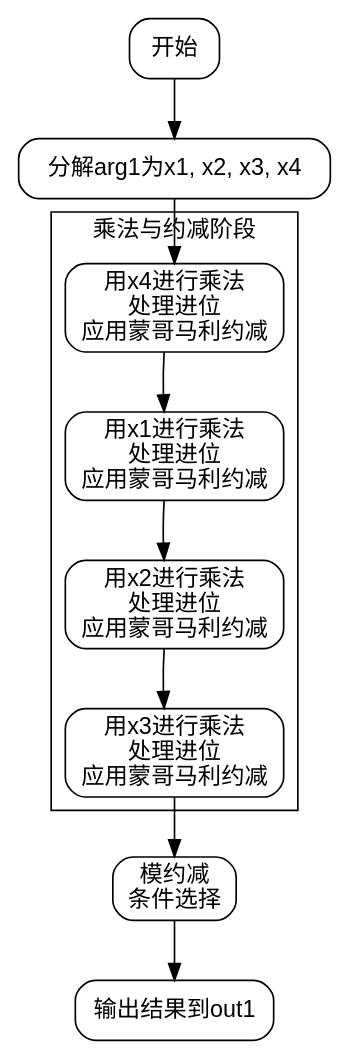
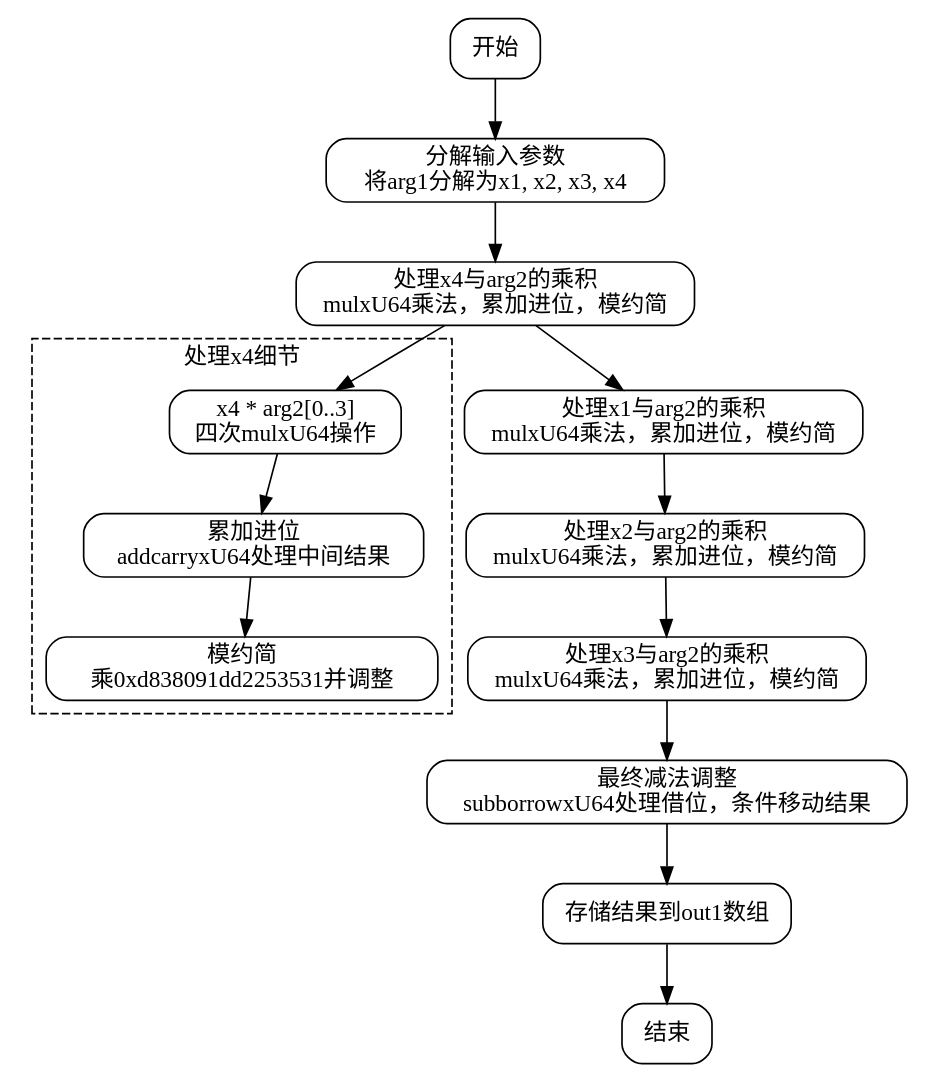
One commit to sdzx-1/deepseek-zig-reader changed the diagram in dot_std/crypto/pcurves/secp256k1/secp256k1_64.zig.mul.md. Above: the diagram before and after it, drawn with Graphviz. The commit also changed other lines of this file and 236 other files, not shown here.

````diff
--- a/dot_std/crypto/pcurves/secp256k1/secp256k1_64.zig.mul.md
+++ b/dot_std/crypto/pcurves/secp256k1/secp256k1_64.zig.mul.md
@@ -32,28 +41,39 @@
 ```dot
-digraph flowchart {
-    node [shape=rectangle, style=rounded, fontname=Helvetica];
-    edge [fontname=Helvetica];
+digraph mul_flowchart {
+    node [shape=rectangle, style=rounded];
 
     start [label="开始"];
-    decompose_arg1 [label="分解arg1为x1, x2, x3, x4"];
-    mul_x4 [label="用x4进行乘法\n处理进位\n应用蒙哥马利约减"];
-    mul_x1 [label="用x1进行乘法\n处理进位\n应用蒙哥马利约减"];
-    mul_x2 [label="用x2进行乘法\n处理进位\n应用蒙哥马利约减"];
-    mul_x3 [label="用x3进行乘法\n处理进位\n应用蒙哥马利约减"];
-    modular_reduction [label="模约减\n条件选择"];
-    output [label="输出结果到out1"];
+    decompose_args [label="分解输入参数\n将arg1分解为x1, x2, x3, x4"];
+    process_x4 [label="处理x4与arg2的乘积\nmulxU64乘法，累加进位，模约简"];
+    process_x1 [label="处理x1与arg2的乘积\nmulxU64乘法，累加进位，模约简"];
+    process_x2 [label="处理x2与arg2的乘积\nmulxU64乘法，累加进位，模约简"];
+    process_x3 [label="处理x3与arg2的乘积\nmulxU64乘法，累加进位，模约简"];
+    final_adjustment [label="最终减法调整\nsubborrowxU64处理借位，条件移动结果"];
+    store_result [label="存储结果到out1数组"];
+    end [label="结束"];
 
-    start -> decompose_arg1;
-    decompose_arg1 -> mul_x4;
-    mul_x4 -> mul_x1;
-    mul_x1 -> mul_x2;
-    mul_x2 -> mul_x3;
-    mul_x3 -> modular_reduction;
-    modular_reduction -> output;
+    start -> decompose_args;
+    decompose_args -> process_x4;
+    process_x4 -> process_x1;
+    process_x1 -> process_x2;
+    process_x2 -> process_x3;
+    process_x3 -> final_adjustment;
+    final_adjustment -> store_result;
+    store_result -> end;
 
-    subgraph cluster_mul_operations {
-        label="乘法与约减阶段";
-        mul_x4 -> mul_x1 -> mul_x2 -> mul_x3 [style=invis];
+    // 详细子流程示例（以process_x4为例）
+    subgraph cluster_x4 {
+        label="处理x4细节";
+        style=dashed;
+        
+        x4_mul_arg2 [label="x4 * arg2[0..3]\n四次mulxU64操作"];
+        x4_add_carries [label="累加进位\naddcarryxU64处理中间结果"];
+        x4_mod_reduce [label="模约简\n乘0xd838091dd2253531并调整"];
+
+        x4_mul_arg2 -> x4_add_carries;
+        x4_add_carries -> x4_mod_reduce;
     }
+
+    process_x4 -> x4_mul_arg2 [lhead=cluster_x4];
 }
-```
+``` 
````
